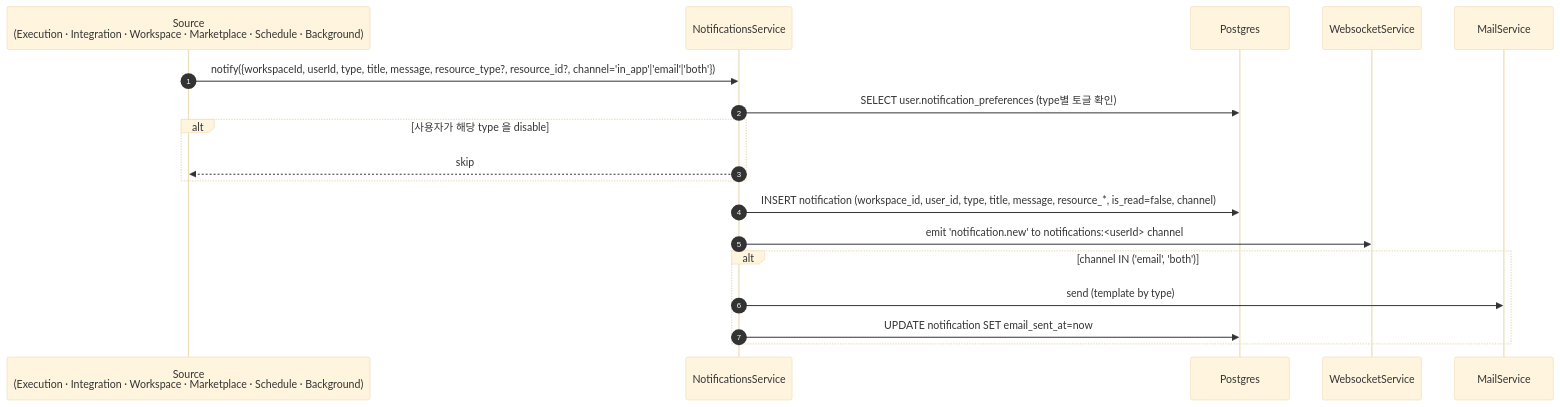
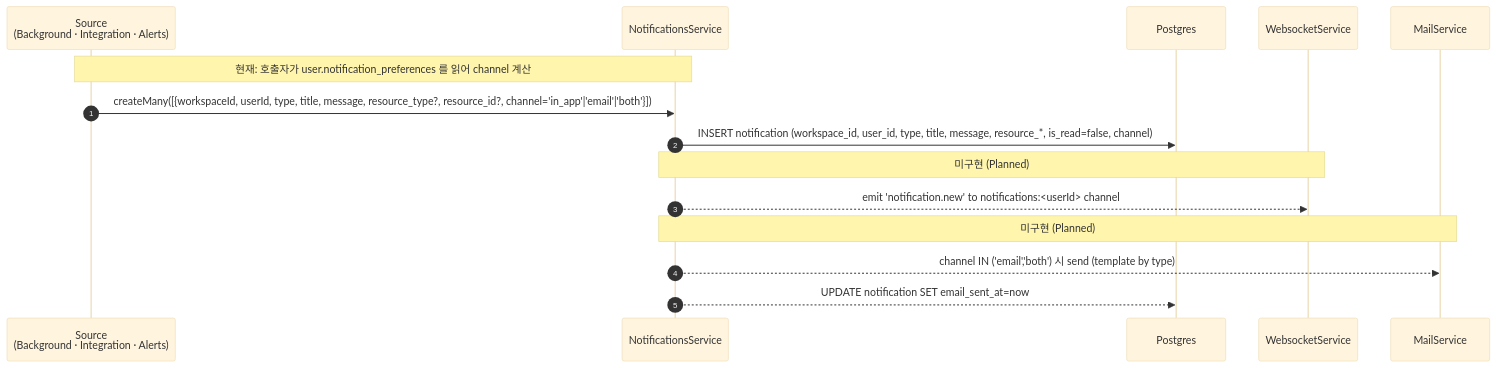
Before and after one commit to worker-ants/clemvion: the first of 2 diagrams in spec/data-flow/8-notifications.md, drawn with Mermaid (base theme). The commit also changed other lines of this file and 186 other files, not shown here.

````diff
--- a/spec/data-flow/8-notifications.md
+++ b/spec/data-flow/8-notifications.md
@@ -26,21 +36,18 @@
 ```mermaid
 sequenceDiagram
   autonumber
-  participant Src as Source<br/>(Execution · Integration · Workspace · Marketplace · Schedule · Background)
+  participant Src as Source<br/>(Background · Integration · Alerts)
   participant Svc as NotificationsService
   participant PG as Postgres
   participant WS as WebsocketService
   participant Mail as MailService
 
-  Src->>Svc: notify({workspaceId, userId, type, title, message, resource_type?, resource_id?, channel='in_app'|'email'|'both'})
-  Svc->>PG: SELECT user.notification_preferences (type별 토글 확인)
-  alt 사용자가 해당 type 을 disable
-    Svc-->>Src: skip
-  end
+  Note over Src,Svc: 현재: 호출자가 user.notification_preferences 를 읽어 channel 계산
+  Src->>Svc: createMany([{workspaceId, userId, type, title, message, resource_type?, resource_id?, channel='in_app'|'email'|'both'}])
   Svc->>PG: INSERT notification (workspace_id, user_id, type, title, message, resource_*, is_read=false, channel)
-  Svc->>WS: emit 'notification.new' to notifications:<userId> channel
-  alt channel IN ('email', 'both')
-    Svc->>Mail: send (template by type)
-    Svc->>PG: UPDATE notification SET email_sent_at=now
-  end
+  Note over Svc,WS: 미구현 (Planned)
+  Svc-->>WS: emit 'notification.new' to notifications:<userId> channel
+  Note over Svc,Mail: 미구현 (Planned)
+  Svc-->>Mail: channel IN ('email','both') 시 send (template by type)
+  Svc-->>PG: UPDATE notification SET email_sent_at=now
 ```
````
